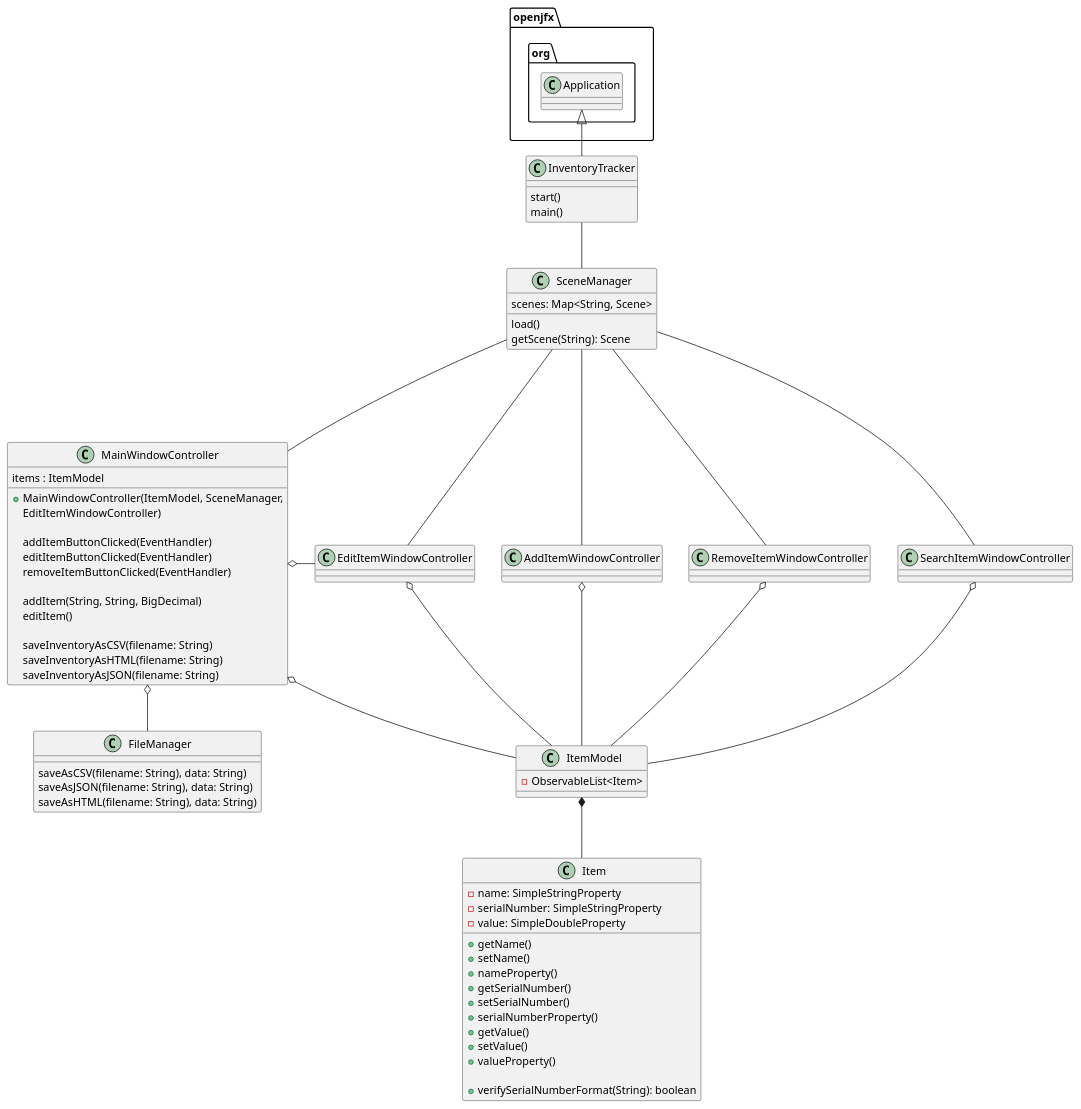
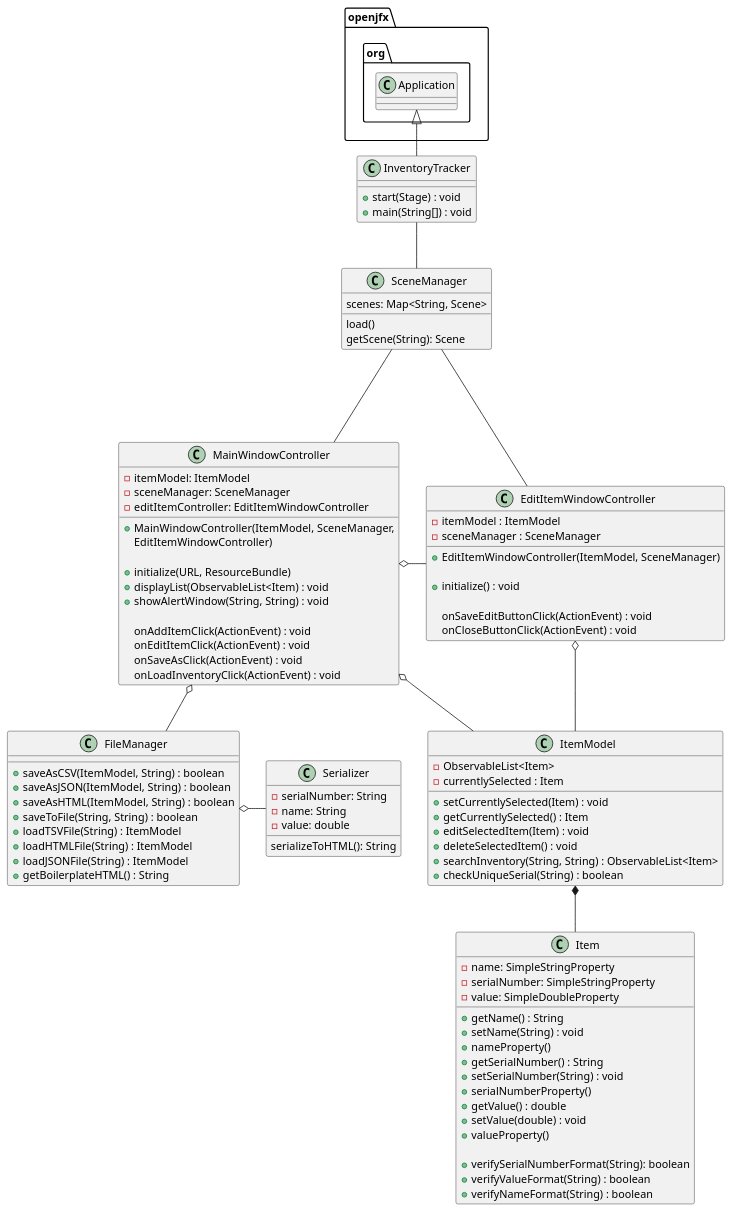
Before and after one commit to Joey-Crown/crown-7381-a5: the diagram in uml/assignment5.puml, drawn with PlantUML. The commit also changed 17 other files, not shown here.

```diff
--- a/uml/assignment5.puml
+++ b/uml/assignment5.puml
@@ -1,92 +1,112 @@
 @startuml
 'https://plantuml.com/sequence-diagram
 
 class InventoryTracker {
-    start()
-    main()
+    + start(Stage) : void
+    + main(String[]) : void
 }
 
 class SceneManager {
     scenes: Map<String, Scene>
 
     load()
     getScene(String): Scene
 }
 
 class MainWindowController {
-    items : ItemModel
+    - itemModel: ItemModel
+    - sceneManager: SceneManager
+    - editItemController: EditItemWindowController
 
     + MainWindowController(ItemModel, SceneManager,
                            EditItemWindowController)
 
-    addItemButtonClicked(EventHandler)
-    editItemButtonClicked(EventHandler)
-    removeItemButtonClicked(EventHandler)
+    + initialize(URL, ResourceBundle)
+    + displayList(ObservableList<Item) : void
+    + showAlertWindow(String, String) : void
 
-    addItem(String, String, BigDecimal)
-    editItem()
-
-    saveInventoryAsCSV(filename: String)
-    saveInventoryAsHTML(filename: String)
-    saveInventoryAsJSON(filename: String)
+    'GUI Event Handlers
+    onAddItemClick(ActionEvent) : void
+    onEditItemClick(ActionEvent) : void
+    onSaveAsClick(ActionEvent) : void
+    onLoadInventoryClick(ActionEvent) : void
 }
 
 class EditItemWindowController {
-}
+    - itemModel : ItemModel
+    - sceneManager : SceneManager
 
-class AddItemWindowController {
-}
+    + EditItemWindowController(ItemModel, SceneManager)
 
-class RemoveItemWindowController {
-}
+    + initialize() : void
 
-class SearchItemWindowController {
+    'GUI Event Handlers
+    onSaveEditButtonClick(ActionEvent) : void
+    onCloseButtonClick(ActionEvent) : void
+
 }
 
 class ItemModel {
     - ObservableList<Item>
+    - currentlySelected : Item
+
+    + setCurrentlySelected(Item) : void
+    + getCurrentlySelected() : Item
+    + editSelectedItem(Item) : void
+    + deleteSelectedItem() : void
+    + searchInventory(String, String) : ObservableList<Item>
+    + checkUniqueSerial(String) : boolean
 }
 
 class Item {
     - name: SimpleStringProperty
     - serialNumber: SimpleStringProperty
     - value: SimpleDoubleProperty
 
-    + getName()
-    + setName()
+    + getName() : String
+    + setName(String) : void
     + nameProperty()
-    + getSerialNumber()
-    + setSerialNumber()
+    + getSerialNumber() : String
+    + setSerialNumber(String) : void
     + serialNumberProperty()
-    + getValue()
-    + setValue()
+    + getValue() : double
+    + setValue(double) : void
     + valueProperty()
 
     + verifySerialNumberFormat(String): boolean
+    + verifyValueFormat(String) : boolean
+    + verifyNameFormat(String) : boolean
 }
 
 class FileManager {
-    saveAsCSV(filename: String), data: String)
-    saveAsJSON(filename: String), data: String)
-    saveAsHTML(filename: String), data: String)
+    + saveAsCSV(ItemModel, String) : boolean
+    + saveAsJSON(ItemModel, String) : boolean
+    + saveAsHTML(ItemModel, String) : boolean
+    + saveToFile(String, String) : boolean
+    + loadTSVFile(String) : ItemModel
+    + loadHTMLFile(String) : ItemModel
+    + loadJSONFile(String) : ItemModel
+    + getBoilerplateHTML() : String
+}
+
+class Serializer {
+    - serialNumber: String
+    - name: String
+    - value: double
+
+    serializeToHTML(): String
 }
 
 
 openjfx.org.Application <|-- InventoryTracker
 InventoryTracker -- SceneManager
 SceneManager --- MainWindowController
-SceneManager --- AddItemWindowController
 SceneManager --- EditItemWindowController
-SceneManager --- RemoveItemWindowController
-SceneManager --- SearchItemWindowController
 MainWindowController o-- FileManager
 MainWindowController o-- ItemModel
-AddItemWindowController o-- ItemModel
 EditItemWindowController o-- ItemModel
-RemoveItemWindowController o-- ItemModel
-SearchItemWindowController o-- ItemModel
 MainWindowController o- EditItemWindowController
 ItemModel *-- Item
-
+FileManager o- Serializer
 
 @enduml
```
